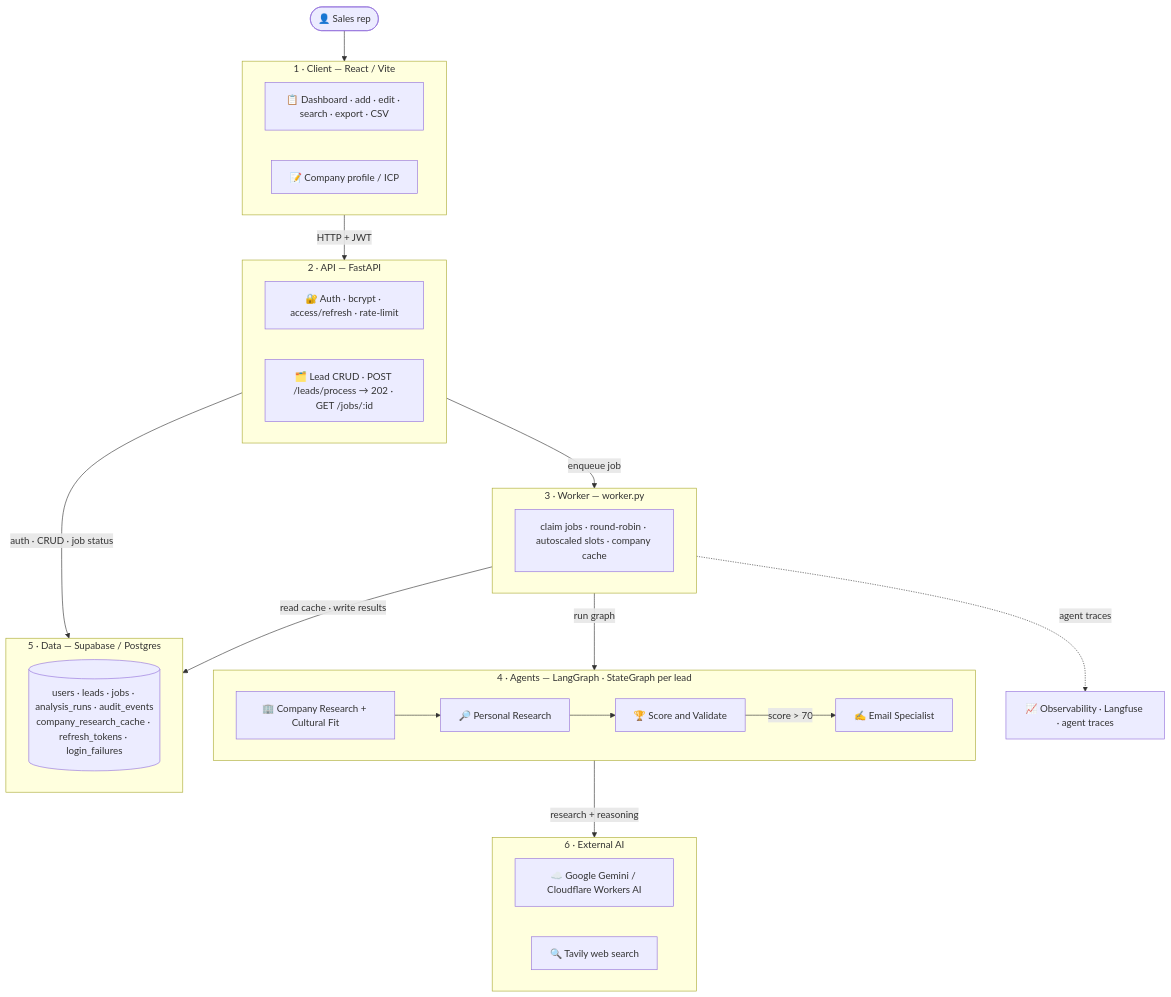
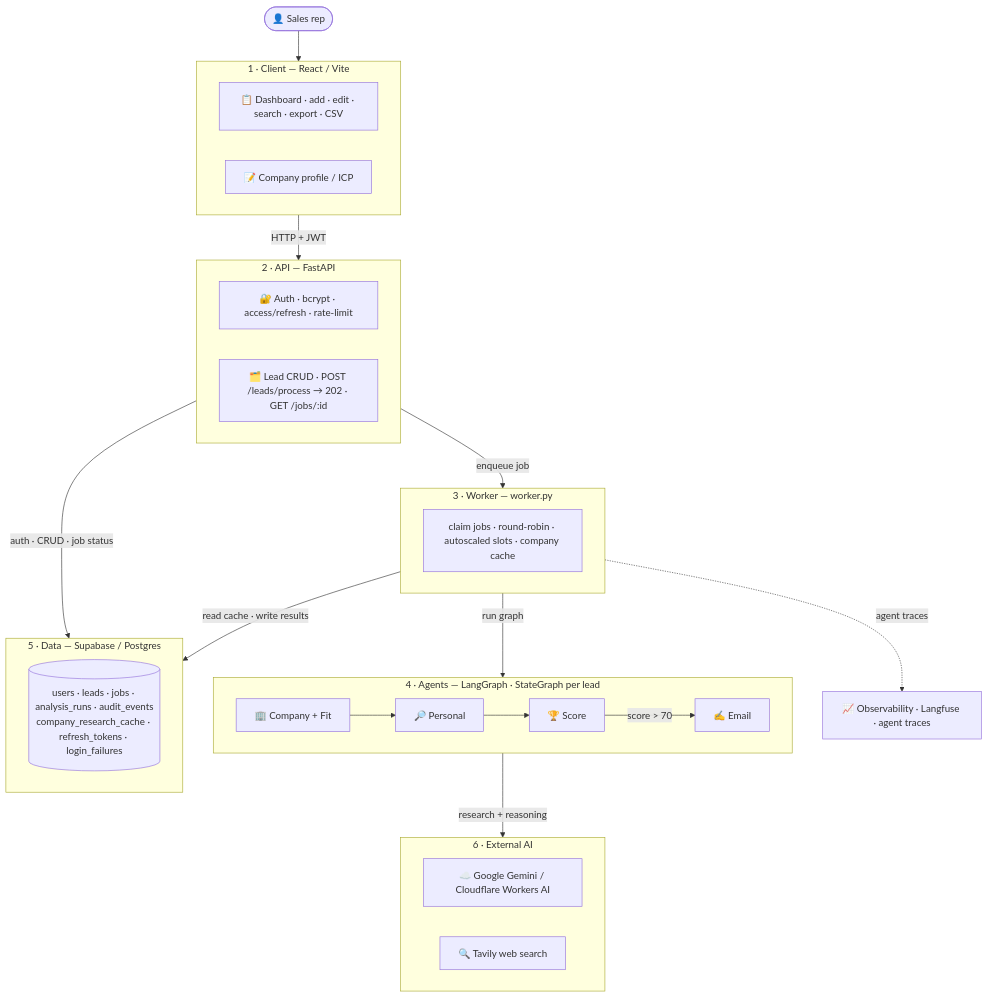
One commit to VIVPM/multi-crew-leads-dashboard changed the diagram in README.md. Above: the diagram before and after it, drawn with Mermaid.

Commit message:
Lay the agent row left to right so the architecture diagram renders smaller

````diff
--- a/README.md
+++ b/README.md
@@ -23,44 +23,45 @@
 ```mermaid
 graph TD
     User(["👤 Sales rep"])
 
     subgraph CLIENT ["1 · Client — React / Vite"]
         UI["📋 Dashboard · add · edit · search · export · CSV"]
         ICP["📝 Company profile / ICP"]
     end
 
     subgraph APP ["2 · API — FastAPI"]
         Auth["🔐 Auth · bcrypt · access/refresh · rate-limit"]
         REST["🗂️ Lead CRUD · POST /leads/process → 202 · GET /jobs/:id"]
     end
 
     subgraph CTRL ["3 · Worker — worker.py"]
         Claim["claim jobs · round-robin · autoscaled slots · company cache"]
     end
 
     subgraph AI ["4 · Agents — LangGraph · StateGraph per lead"]
-        A2["🏢 Company Research + Cultural Fit"] --> A1["🔎 Personal Research"] --> A3["🏆 Score and Validate"]
-        A3 -->|score > 70| E1["✍️ Email Specialist"]
+        direction LR
+        A2["🏢 Company + Fit"] --> A1["🔎 Personal"] --> A3["🏆 Score"]
+        A3 -->|score > 70| E1["✍️ Email"]
     end
 
     subgraph DATA ["5 · Data — Supabase / Postgres"]
         Tbls[("users · leads · jobs · analysis_runs · audit_events
 company_research_cache · refresh_tokens · login_failures")]
     end
 
     subgraph EXT ["6 · External AI"]
         LLM["☁️ Google Gemini / Cloudflare Workers AI"]
         Tavily["🔍 Tavily web search"]
     end
 
     OBS["📈 Observability · Langfuse · agent traces"]
 
     User --> CLIENT
     CLIENT -->|HTTP + JWT| APP
     APP -->|auth · CRUD · job status| DATA
     APP -->|enqueue job| CTRL
     CTRL -->|run graph| AI
     AI -->|research + reasoning| EXT
     CTRL -->|read cache · write results| DATA
     CTRL -.->|agent traces| OBS
 ```
````
